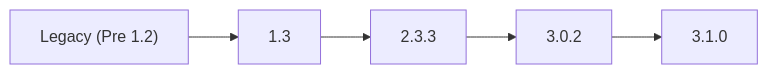
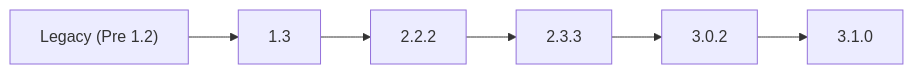
One commit to truenas/documentation changed the first of 2 diagrams in content/TCGettingStarted/TCReleaseNotes.md. Above: the diagram before and after it, drawn with Mermaid. The commit also changed other lines of this file and 1 other file, not shown here.

````diff
--- a/content/TCGettingStarted/TCReleaseNotes.md
+++ b/content/TCGettingStarted/TCReleaseNotes.md
@@ -71,8 +71,9 @@
 ```mermaid
 flowchart LR
 A["Legacy (Pre 1.2)"] --> B
 B["1.3"] --> C
-C["2.3.3"] --> D
-D["3.0.2"] --> E
-E["3.1.0"]
+C["2.2.2"] --> D
+D["2.3.3"] --> E
+E["3.0.2"] --> F
+F["3.1.0"]
 ```
````
